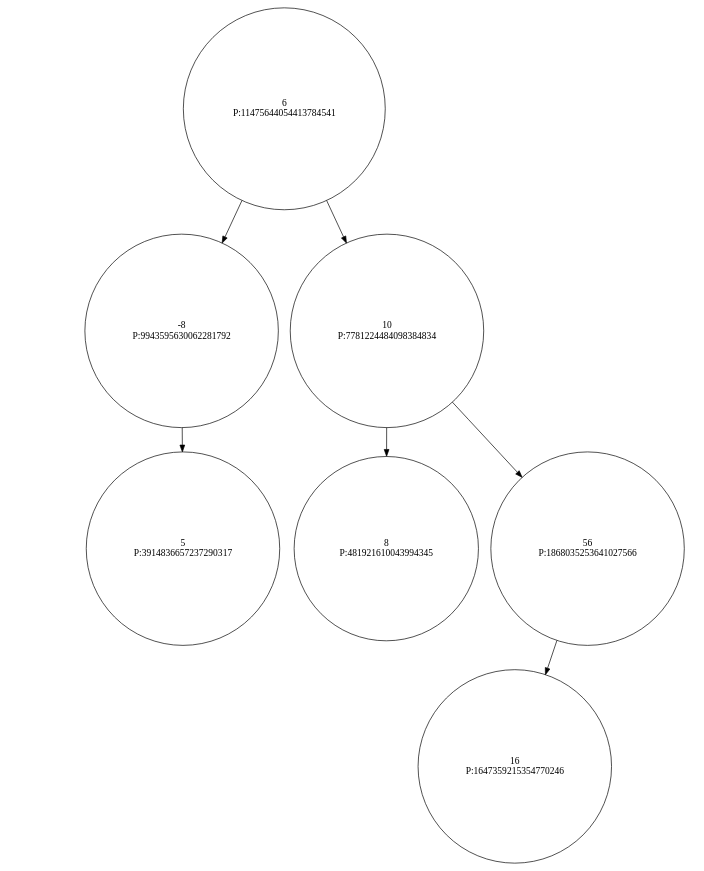
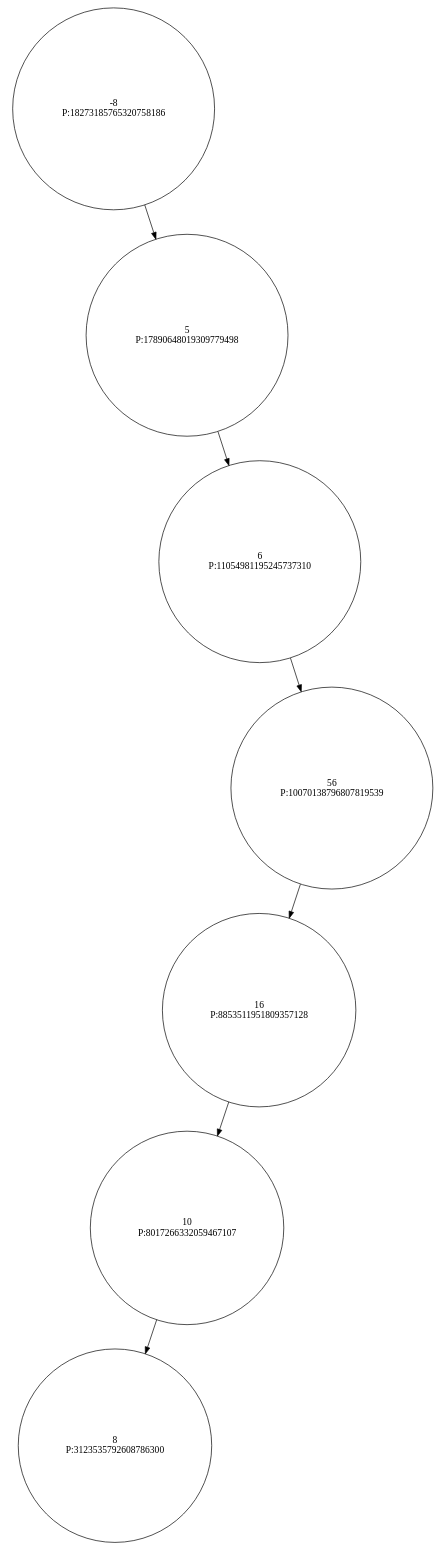
One commit to Ritaa-Marie/Trabalho-Arvores-AEDES2 changed the diagram in data/output/dot/treap1.dot. Above: the diagram before and after it, drawn with Graphviz. The commit also changed 21 other files, not shown here.

```diff
--- a/data/output/dot/treap1.dot
+++ b/data/output/dot/treap1.dot
@@ -1,20 +1,28 @@
 digraph Treap {
    node [shape=circle];
-  6 [label="6\nP:11475644054413784541"];
-  "6" -> "-8";
-  -8 [label="-8\nP:9943595630062281792"];
+  -8 [label="-8\nP:18273185765320758186"];
   "null_l_-8" [style=invis];
   "-8" -> "null_l_-8" [style=invis];
   "-8" -> "5";
-  5 [label="5\nP:3914836657237290317"];
-  "6" -> "10";
-  10 [label="10\nP:7781224484098384834"];
+  5 [label="5\nP:17890648019309779498"];
+  "null_l_5" [style=invis];
+  "5" -> "null_l_5" [style=invis];
+  "5" -> "6";
+  6 [label="6\nP:11054981195245737310"];
+  "null_l_6" [style=invis];
+  "6" -> "null_l_6" [style=invis];
+  "6" -> "56";
+  56 [label="56\nP:10070138796807819539"];
+  "56" -> "16";
+  16 [label="16\nP:8853511951809357128"];
+  "16" -> "10";
+  10 [label="10\nP:8017266332059467107"];
   "10" -> "8";
-  8 [label="8\nP:481921610043994345"];
-  "10" -> "56";
-  56 [label="56\nP:1868035253641027566"];
-  "56" -> "16";
-  16 [label="16\nP:1647359215354770246"];
+  8 [label="8\nP:3123535792608786300"];
+  "null_r_10" [style=invis];
+  "10" -> "null_r_10" [style=invis];
+  "null_r_16" [style=invis];
+  "16" -> "null_r_16" [style=invis];
   "null_r_56" [style=invis];
   "56" -> "null_r_56" [style=invis];
 }
```
